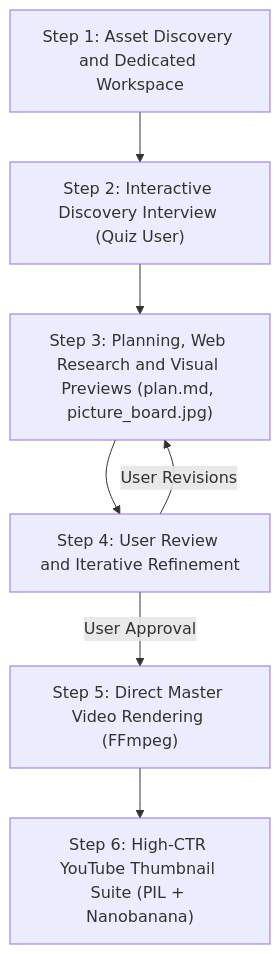
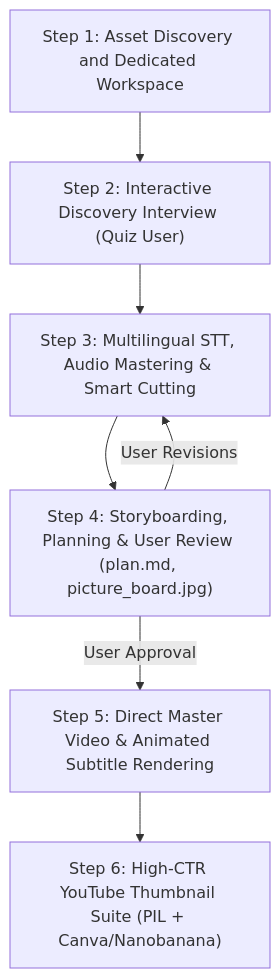
Before and after one commit to dev13-31/skill-video-editor: the diagram in SKILL.md, drawn with Mermaid. The commit also changed other lines of this file and 6 other files, not shown here.

Commit message:
feat: multilingual STT, smart auto-cutting, broadcast audio mastering, and 5 new MCP tools

````diff
--- a/SKILL.md
+++ b/SKILL.md
@@ -24,9 +25,9 @@
 ```mermaid
 flowchart TD
     S1["Step 1: Asset Discovery and Dedicated Workspace"] --> S2["Step 2: Interactive Discovery Interview (Quiz User)"]
-    S2 --> S3["Step 3: Planning, Web Research and Visual Previews (plan.md, picture_board.jpg)"]
-    S3 --> S4["Step 4: User Review and Iterative Refinement"]
+    S2 --> S3["Step 3: Multilingual STT, Audio Mastering & Smart Cutting"]
+    S3 --> S4["Step 4: Storyboarding, Planning & User Review (plan.md, picture_board.jpg)"]
     S4 -->|User Revisions| S3
-    S4 -->|User Approval| S5["Step 5: Direct Master Video Rendering (FFmpeg)"]
-    S5 --> S6["Step 6: High-CTR YouTube Thumbnail Suite (PIL + Nanobanana)"]
+    S4 -->|User Approval| S5["Step 5: Direct Master Video & Animated Subtitle Rendering"]
+    S5 --> S6["Step 6: High-CTR YouTube Thumbnail Suite (PIL + Canva/Nanobanana)"]
 ```
````
